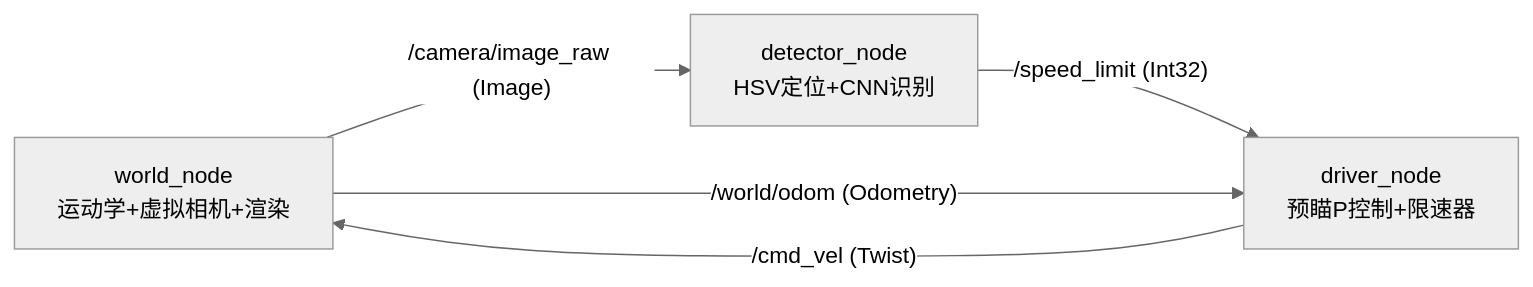
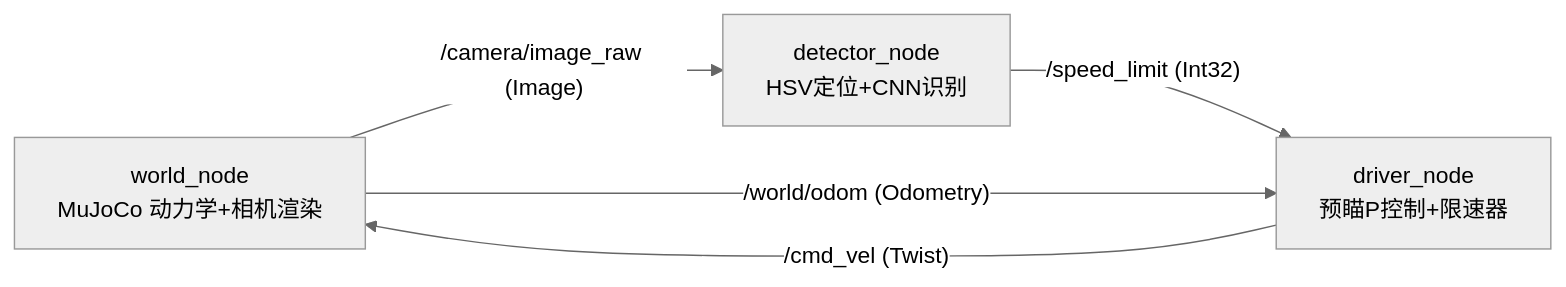
One commit to OpenHUTB/ros2 changed the first of 3 diagrams in docs/ground/traffic_sign_speed_control.md. Above: the diagram before and after it, drawn with Mermaid (neutral theme). The commit also changed other lines of this file and 16 other files, not shown here.

````diff
--- a/docs/ground/traffic_sign_speed_control.md
+++ b/docs/ground/traffic_sign_speed_control.md
@@ -21,7 +22,7 @@
 ```mermaid
 graph LR
-    W[world_node<br/>运动学+虚拟相机+渲染] -- "/camera/image_raw (Image)" --> D[detector_node<br/>HSV定位+CNN识别]
+    W[world_node<br/>MuJoCo 动力学+相机渲染] -- "/camera/image_raw (Image)" --> D[detector_node<br/>HSV定位+CNN识别]
     D -- "/speed_limit (Int32)" --> V[driver_node<br/>预瞄P控制+限速器]
     V -- "/cmd_vel (Twist)" --> W
     W -- "/world/odom (Odometry)" --> V
 ```
````
